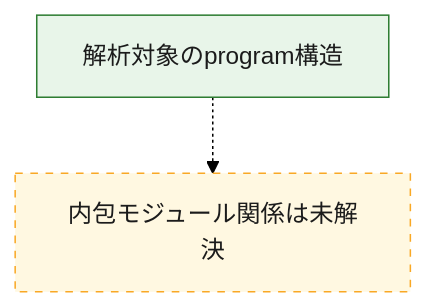
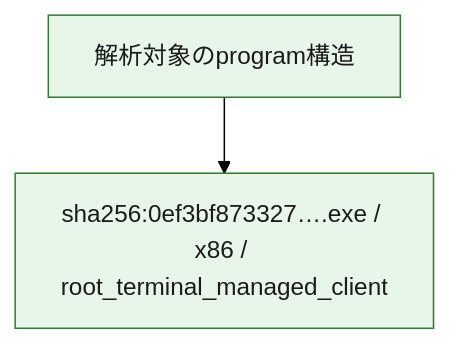
Before and after one commit to proshiba/AI-security-analysis: the third of 3 diagrams in analysis-results/malware/asyncrat/versions/unknown/cases/0ef3bf87332779d4b37885eaa23e12fe0e7bf597da7356718eed8691377eb999/OVERALL-LOGIC.md, drawn with Mermaid (forest theme). The commit also changed other lines of this file and 1412 other files, not shown here.

````diff
--- a/analysis-results/malware/asyncrat/versions/unknown/cases/0ef3bf87332779d4b37885eaa23e12fe0e7bf597da7356718eed8691377eb999/OVERALL-LOGIC.md
+++ b/analysis-results/malware/asyncrat/versions/unknown/cases/0ef3bf87332779d4b37885eaa23e12fe0e7bf597da7356718eed8691377eb999/OVERALL-LOGIC.md
@@ -45,10 +45,10 @@
 ```mermaid
 flowchart TD
   module_scope["解析対象のprogram構造"]
-  module_unknown["内包モジュール関係は未解決"]
-  module_scope -.-> module_unknown
+  module_01["sha256:0ef3bf873327….exe / x86 / root_terminal_managed_client"]
+  module_scope --> module_01
   class module_scope confirmed
-  class module_unknown unresolved
+  class module_01 confirmed
   classDef confirmed fill:#e8f5e9,stroke:#2e7d32,color:#1b1b1b
   classDef unresolved fill:#fff8e1,stroke:#f9a825,color:#1b1b1b,stroke-dasharray:5 5
 ```
````
